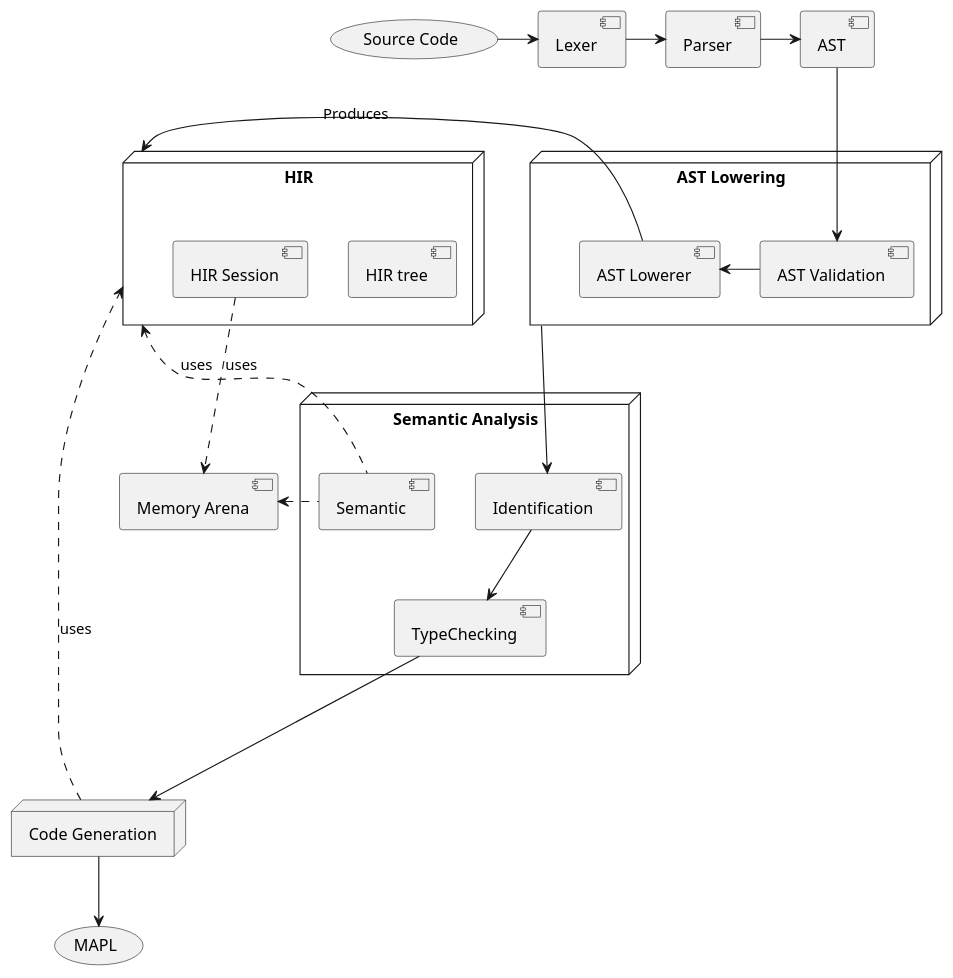
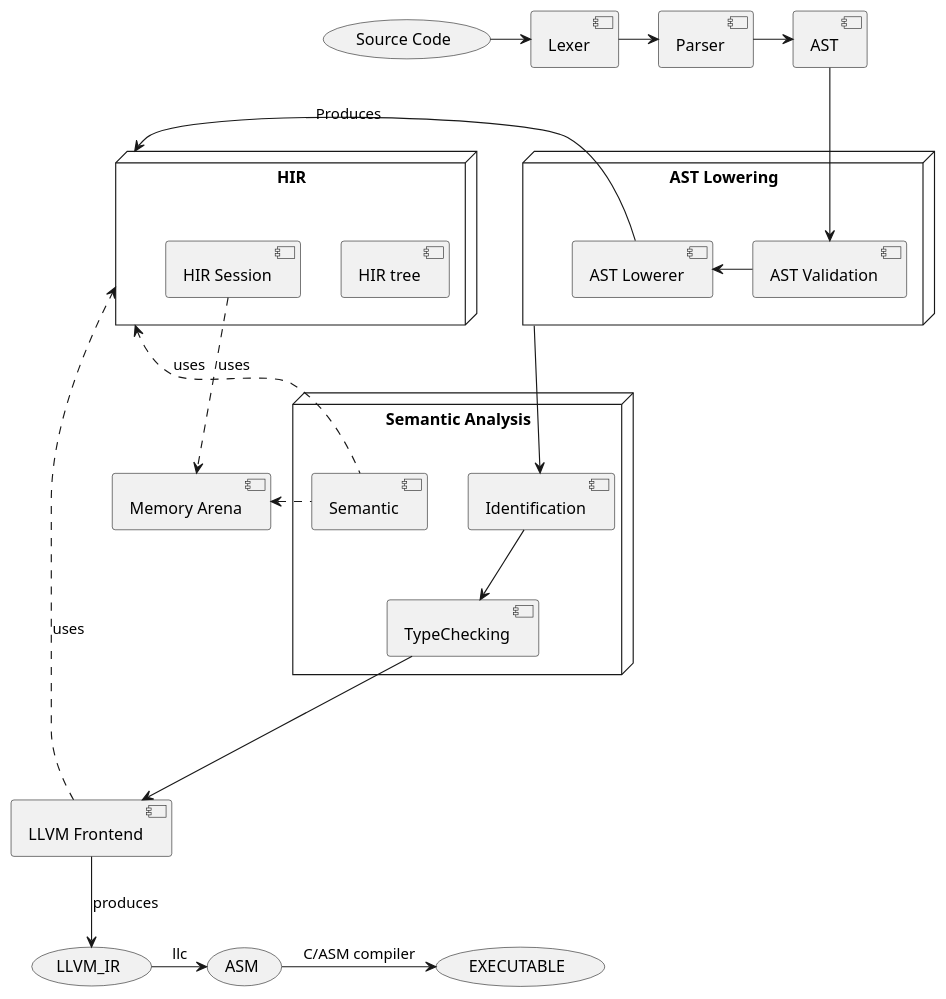
Before and after one commit to saulvaldelvira/compiler: the diagram in doc/src/diagrams/overview.puml, drawn with PlantUML. The commit also changed 2 other files, not shown here.

Commit message:
Update overview diagram

```diff
--- a/doc/src/diagrams/overview.puml
+++ b/doc/src/diagrams/overview.puml
@@ -1,42 +1,41 @@
 @startuml
 
-(Source Code) -> [Lexer]
+(Source Code) -r-> [Lexer]
+
 [Lexer] -> [Parser]
 
 [Parser] -> [AST]
 
 node "HIR" {
     [HIR tree]
     [HIR Session]
 }
 
 node "AST Lowering" {
     [AST Validation] -l-> [AST Lowerer]
 }
 
 [AST] --> [AST Validation]
 
 [AST Lowerer] --l--> "HIR" : Produces
 
 node "Semantic Analysis" {
     [Identification] --> [TypeChecking]
     [Semantic]
 }
 
 [AST Lowering] --> [Identification]
 [Semantic] ..l..> "HIR": uses
 
-node "Code Generation" {
+[TypeChecking] --d-> [LLVM Frontend]
 
-}
+[LLVM Frontend] -d-> (LLVM_IR) : produces
+[LLVM Frontend] .....> "HIR" : uses
 
-[TypeChecking] --d-> "Code Generation"
-
-
-"Code Generation" -d-> (MAPL)
-"Code Generation" .....> "HIR" : uses
+(LLVM_IR) -r-> (ASM): llc
+(ASM) -r-> (EXECUTABLE): C/ASM compiler
 
 [HIR Session] .....> [Memory Arena]: uses
 [Semantic] ....l..> [Memory Arena]
 
 @enduml
```
